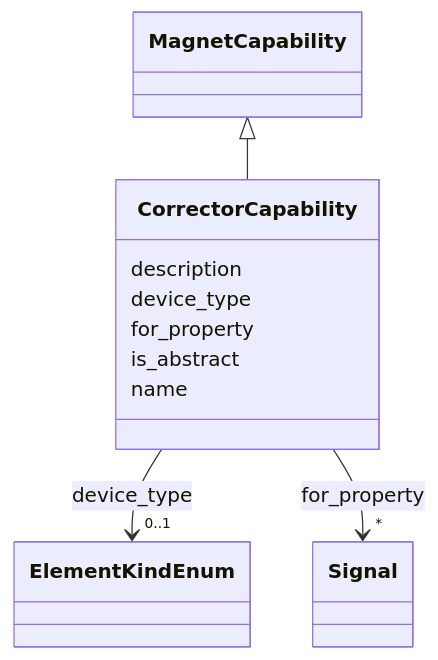
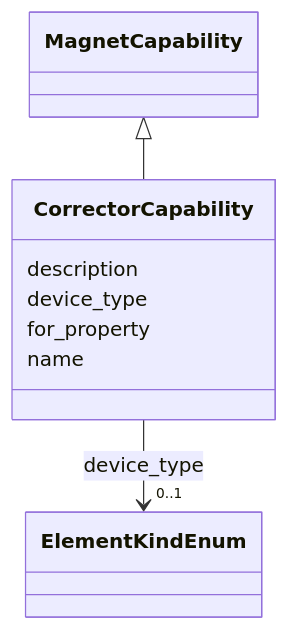
One commit to pals-project/pals-facility-config changed the diagram in docs_narad/CorrectorCapability.md. Above: the diagram before and after it, drawn with Mermaid. The commit also changed other lines of this file and 126 other files, not shown here.

````diff
--- a/docs_narad/CorrectorCapability.md
+++ b/docs_narad/CorrectorCapability.md
@@ -18,37 +18,26 @@
 ```mermaid
  classDiagram
     class CorrectorCapability
     click CorrectorCapability href "../CorrectorCapability/"
       MagnetCapability <|-- CorrectorCapability
         click MagnetCapability href "../MagnetCapability/"
       
       CorrectorCapability : description
         
       CorrectorCapability : device_type
         
           
     
         
         
         CorrectorCapability --> "0..1" ElementKindEnum : device_type
         click ElementKindEnum href "../ElementKindEnum/"
     
 
         
       CorrectorCapability : for_property
         
-          
-    
-        
-        
-        CorrectorCapability --> "*" Signal : for_property
-        click Signal href "../Signal/"
-    
-
-        
-      CorrectorCapability : is_abstract
-        
       CorrectorCapability : name
         
       
 ```
````
